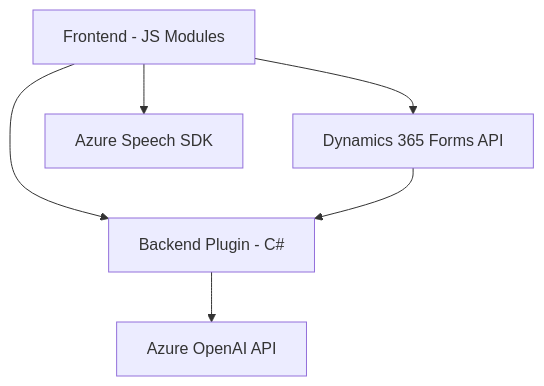
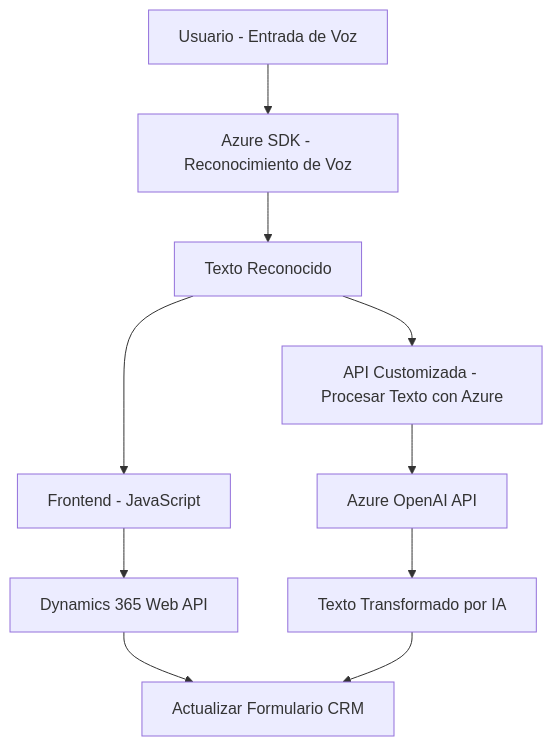
Before and after one commit to blopezdm/NETCORE_BILBAO2025: the diagram in README.md, drawn with Mermaid. The commit also changed other lines of this file, not shown here.

Commit message:
Actualizar análisis global de la solución con IA

````diff
--- a/README.md
+++ b/README.md
@@ -60,14 +33,12 @@
 ```mermaid
 graph TD
-    A["Frontend - JS Modules"]
-    B["Dynamics 365 Forms API"]
-    C["Azure Speech SDK"]
-    D["Backend Plugin - C#"]
-    E["Azure OpenAI API"]
-    
-    A --> B
-    A --> C
-    A --> D
-    D --> E
-    B --> D
+    A["Usuario - Entrada de Voz"] --> B["Azure SDK - Reconocimiento de Voz"]
+    B --> C["Texto Reconocido"]
+    C --> D["Frontend - JavaScript"]
+    D --> E["Dynamics 365 Web API"]
+    E --> F["Actualizar Formulario CRM"]
+    C --> G["API Customizada - Procesar Texto con Azure"]
+    G --> H["Azure OpenAI API"]
+    H --> I["Texto Transformado por IA"]
+    I --> F
 ```
````
